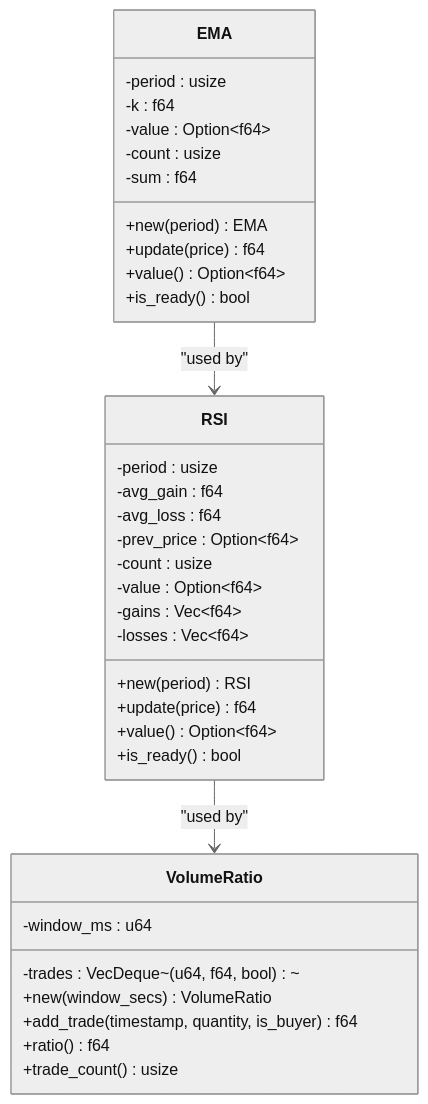
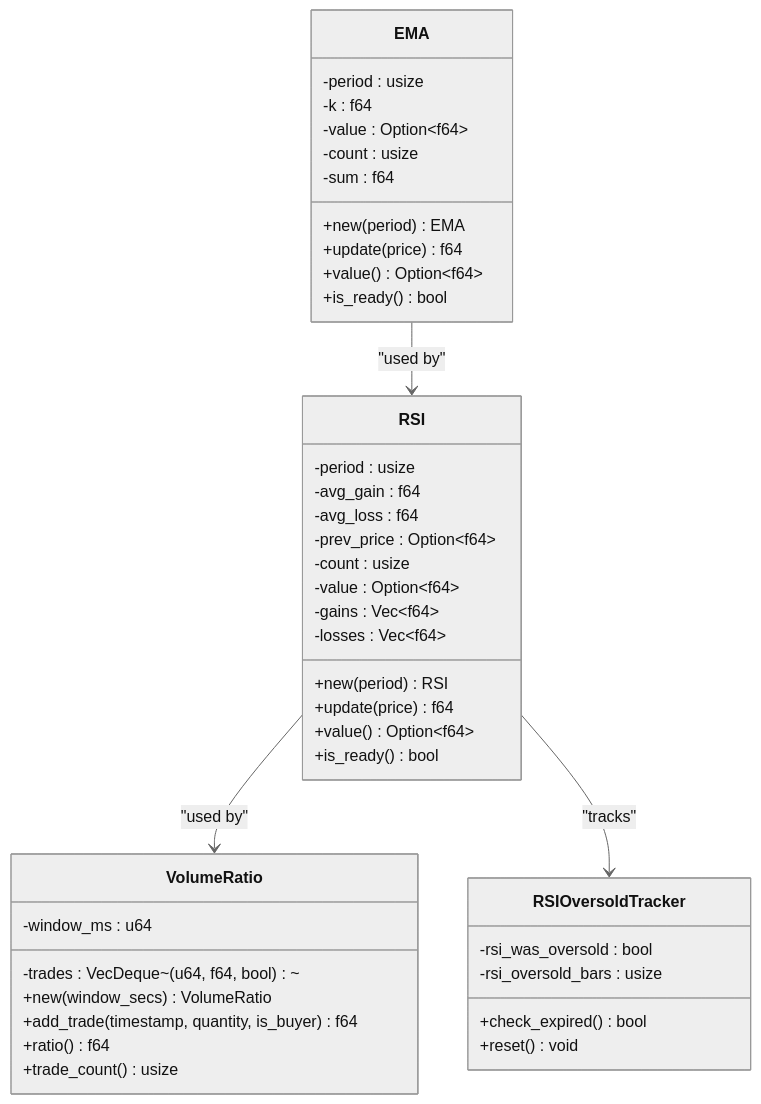
Before and after one commit to Heres1/binanceWebsocket: the sixth of 9 diagrams in .qoder/repowiki/zh/content/核心模块/动量策略引擎.md, drawn with Mermaid (neutral theme). The commit also changed other lines of this file and 10 other files, not shown here.

````diff
--- a/.qoder/repowiki/zh/content/核心模块/动量策略引擎.md
+++ b/.qoder/repowiki/zh/content/核心模块/动量策略引擎.md
@@ -266,38 +278,45 @@
 ```mermaid
 classDiagram
 class EMA {
 -period : usize
 -k : f64
 -value : Option~f64~
 -count : usize
 -sum : f64
 +new(period) EMA
 +update(price) f64
 +value() Option~f64~
 +is_ready() bool
 }
 class RSI {
 -period : usize
 -avg_gain : f64
 -avg_loss : f64
 -prev_price : Option~f64~
 -count : usize
 -value : Option~f64~
 -gains : Vec~f64~
 -losses : Vec~f64~
 +new(period) RSI
 +update(price) f64
 +value() Option~f64~
 +is_ready() bool
 }
 class VolumeRatio {
 -window_ms : u64
 -trades : VecDeque~(u64, f64, bool)~
 +new(window_secs) VolumeRatio
 +add_trade(timestamp, quantity, is_buyer) f64
 +ratio() f64
 +trade_count() usize
 }
+class RSIOversoldTracker {
+-rsi_was_oversold : bool
+-rsi_oversold_bars : usize
++check_expired() bool
++reset() void
+}
 EMA --> RSI : "used by"
 RSI --> VolumeRatio : "used by"
+RSI --> RSIOversoldTracker : "tracks"
 ```
````
